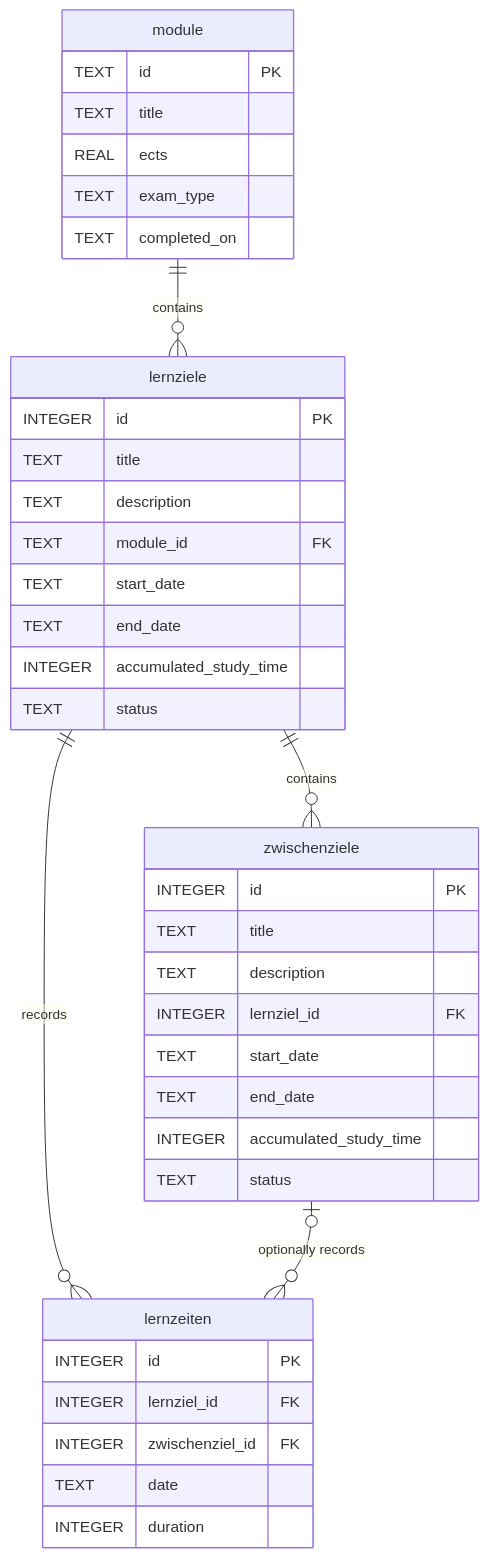
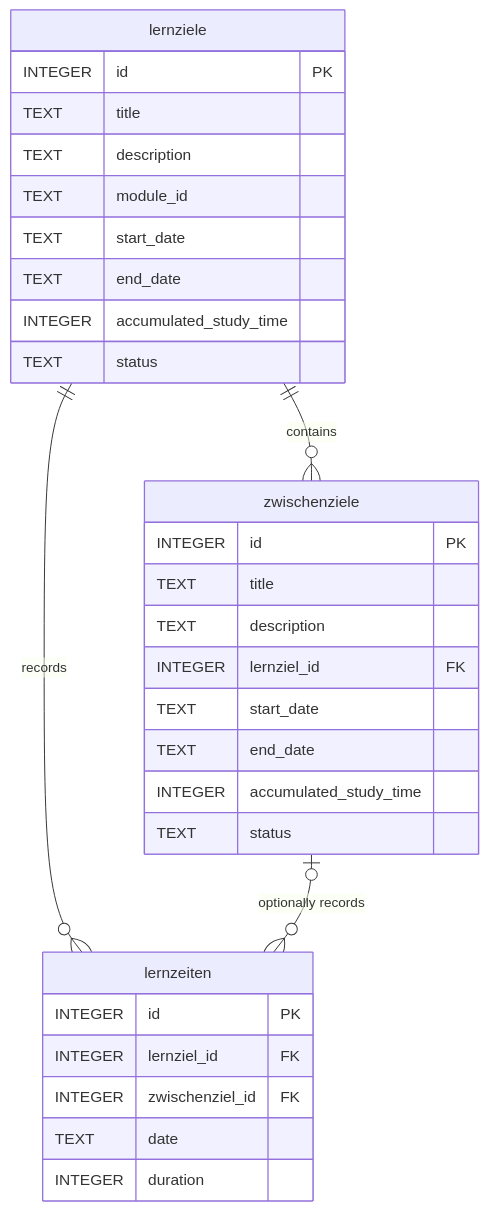
One commit to reginaleis/isef01-lernzeit-manager changed the second of 2 diagrams in README.md. Above: the diagram before and after it, drawn with Mermaid. The commit also changed other lines of this file and 4 other files, not shown here.

````diff
--- a/README.md
+++ b/README.md
@@ -74,45 +74,36 @@
 ```mermaid
 erDiagram
-    module ||--o{ lernziele : "contains"
     lernziele ||--o{ zwischenziele : "contains"
     lernziele ||--o{ lernzeiten : "records"
     zwischenziele o|--o{ lernzeiten : "optionally records"
-
-    module {
-        TEXT id PK
-        TEXT title
-        REAL ects
-        TEXT exam_type
-        TEXT completed_on
-    }
 
     lernziele {
         INTEGER id PK
         TEXT title
         TEXT description
-        TEXT module_id FK
+        TEXT module_id
         TEXT start_date
         TEXT end_date
         INTEGER accumulated_study_time
         TEXT status
     }
 
     zwischenziele {
         INTEGER id PK
         TEXT title
         TEXT description
         INTEGER lernziel_id FK
         TEXT start_date
         TEXT end_date
         INTEGER accumulated_study_time
         TEXT status
     }
 
     lernzeiten {
         INTEGER id PK
         INTEGER lernziel_id FK
         INTEGER zwischenziel_id FK
         TEXT date
         INTEGER duration
     }
 ```
````
